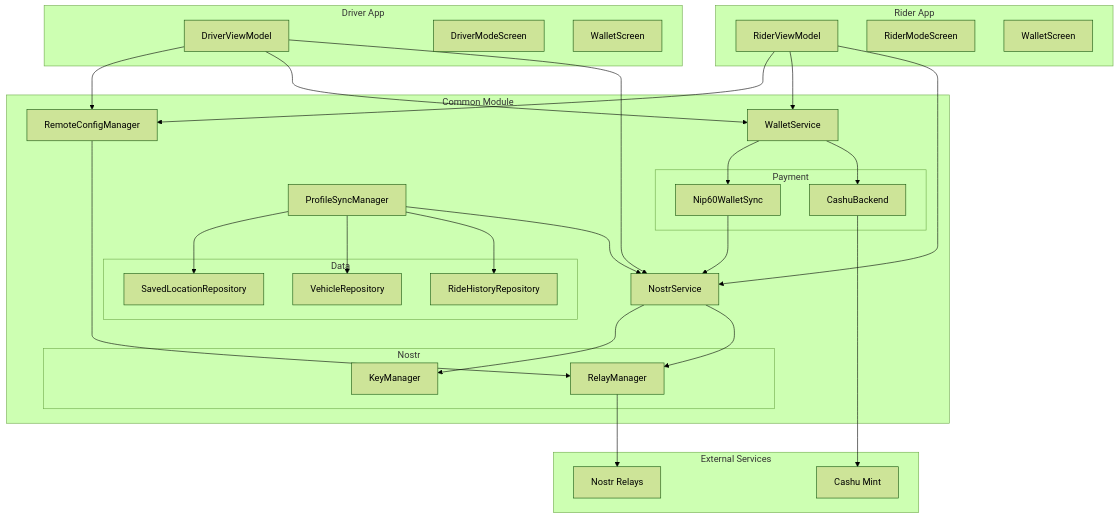
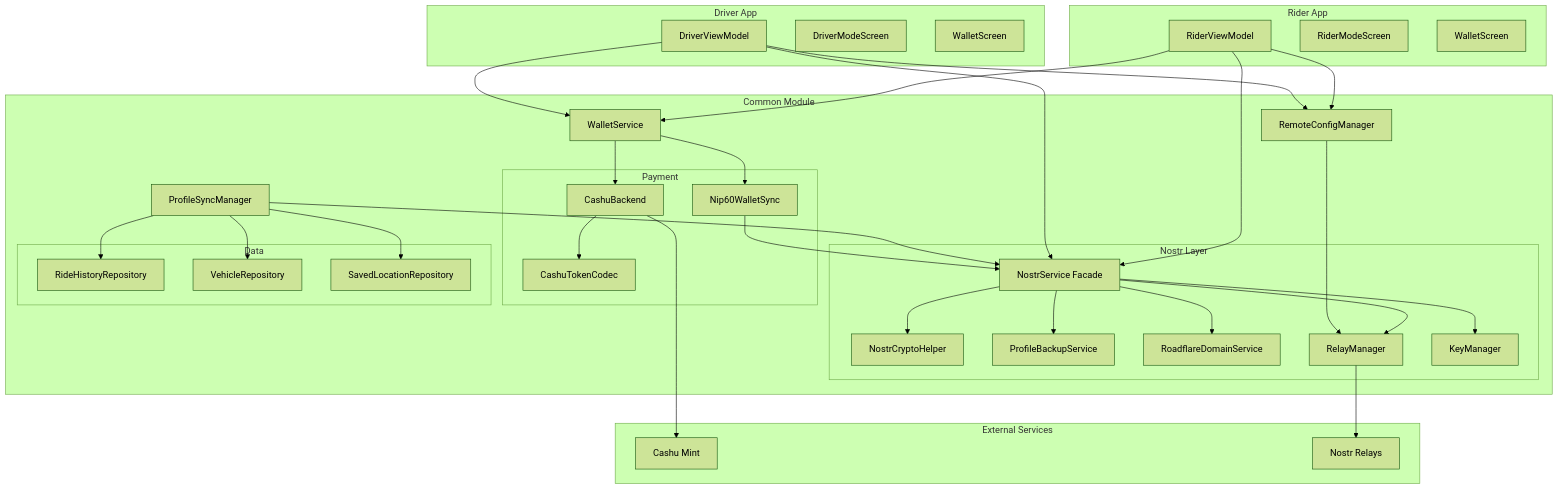
Before and after one commit to variablefate/ridestr: the first of 15 diagrams in docs/CONNECTIONS.md, drawn with Mermaid (forest theme). The commit also changed other lines of this file and 4 other files, not shown here.

````diff
--- a/docs/CONNECTIONS.md
+++ b/docs/CONNECTIONS.md
@@ -11,65 +17,73 @@
 ```mermaid
 graph TB
     subgraph "Rider App"
         RVM[RiderViewModel]
         RMS[RiderModeScreen]
         RWS[WalletScreen]
     end
 
     subgraph "Driver App"
         DVM[DriverViewModel]
         DMS[DriverModeScreen]
         DWS[WalletScreen]
     end
 
     subgraph "Common Module"
-        NS[NostrService]
+        subgraph "Nostr Layer"
+            NS[NostrService Facade]
+            NCH[NostrCryptoHelper]
+            PBS[ProfileBackupService]
+            RDS[RoadflareDomainService]
+            RM[RelayManager]
+            KM[KeyManager]
+        end
+
         WS[WalletService]
         PSM[ProfileSyncManager]
         RCM[RemoteConfigManager]
 
         subgraph "Payment"
             CB[CashuBackend]
+            CTC[CashuTokenCodec]
             N60[Nip60WalletSync]
         end
 
         subgraph "Data"
             RHR[RideHistoryRepository]
             VR[VehicleRepository]
             SLR[SavedLocationRepository]
-        end
-
-        subgraph "Nostr"
-            RM[RelayManager]
-            KM[KeyManager]
         end
     end
 
     subgraph "External Services"
         MINT[Cashu Mint]
         RELAYS[Nostr Relays]
     end
 
     RVM --> NS
     RVM --> WS
     DVM --> NS
     DVM --> WS
 
+    NS --> NCH
+    NS --> PBS
+    NS --> RDS
     NS --> RM
     NS --> KM
     RM --> RELAYS
 
     WS --> CB
     WS --> N60
+    CB --> CTC
     CB --> MINT
     N60 --> NS
 
     PSM --> NS
     PSM --> RHR
     PSM --> VR
     PSM --> SLR
 
     RCM --> RM
     RVM --> RCM
     DVM --> RCM
 ```
````
